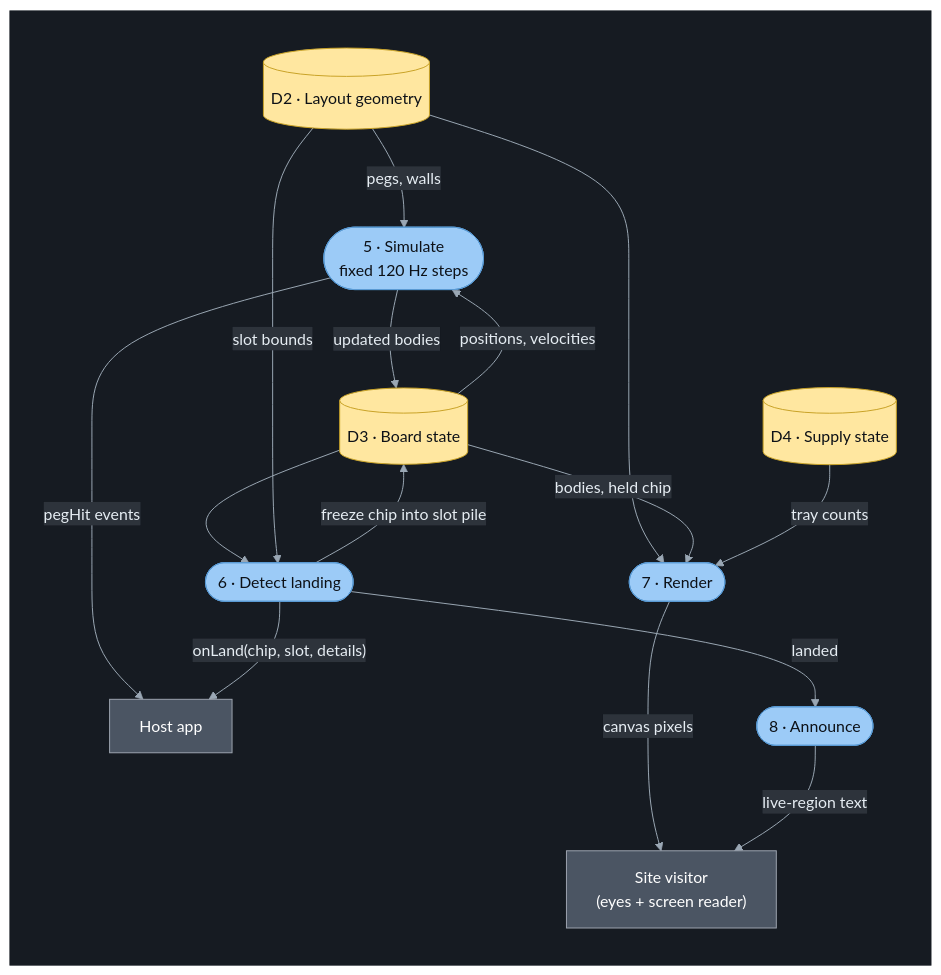
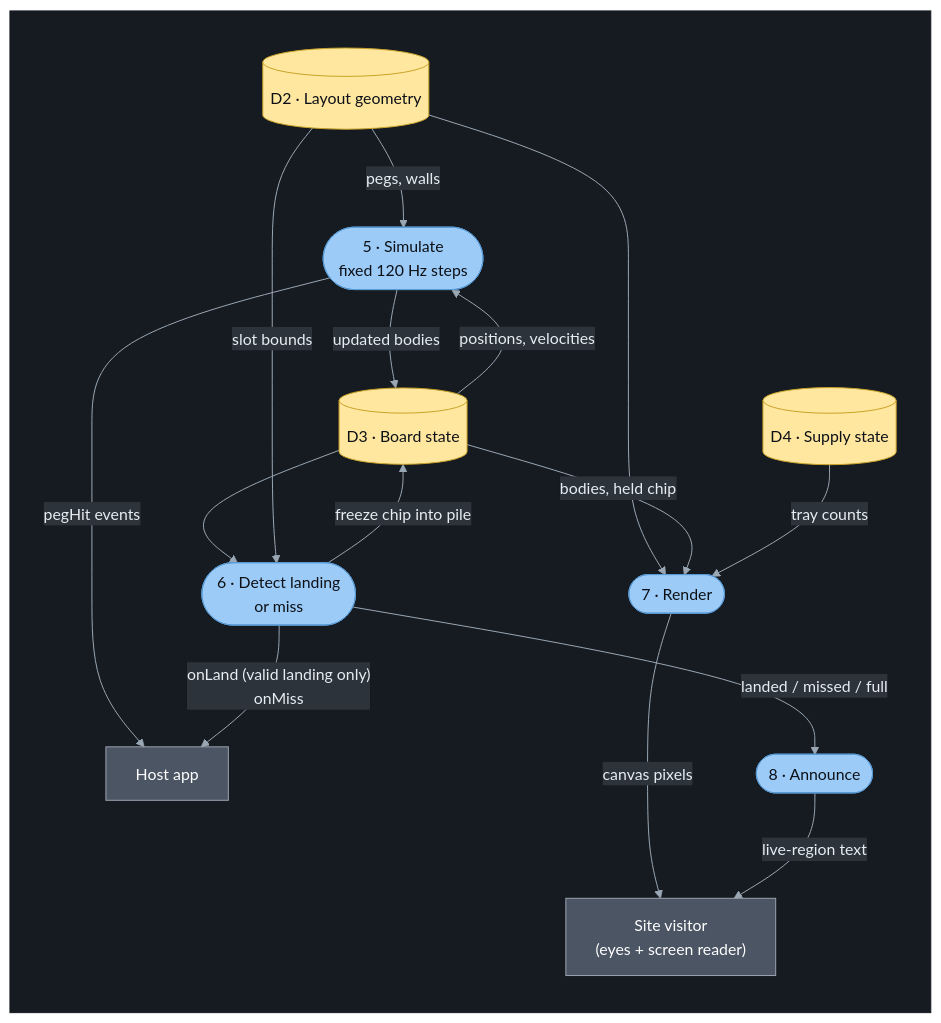
Before and after one commit to alanbickel/plinko-config: the fifth of 10 diagrams in docs/ARCHITECTURE.md, drawn with Mermaid. The commit also changed other lines of this file and 14 other files, not shown here.

````diff
--- a/docs/ARCHITECTURE.md
+++ b/docs/ARCHITECTURE.md
@@ -275,43 +275,43 @@
 ```mermaid
 %%{init: {"theme":"base","themeVariables":{"lineColor":"#9aa7b4","textColor":"#e6edf3","primaryTextColor":"#e6edf3","edgeLabelBackground":"#2d333b","clusterBkg":"#161b22","clusterBorder":"#30363d","titleColor":"#e6edf3"}}}%%
 flowchart TB
     subgraph canvas[" "]
         direction TB
 
 
         D2[("D2 · Layout geometry")]:::store
         D3[("D3 · Board state")]:::store
         D4[("D4 · Supply state")]:::store
 
         P5(["5 · Simulate<br/>fixed 120 Hz steps"]):::proc
-        P6(["6 · Detect landing"]):::proc
+        P6(["6 · Detect landing<br/>or miss"]):::proc
         P7(["7 · Render"]):::proc
         P8(["8 · Announce"]):::proc
 
         H["Host app"]:::external
         U["Site visitor<br/>(eyes + screen reader)"]:::external
 
         D2 -- "pegs, walls" --> P5
         D3 -- "positions, velocities" --> P5
         P5 -- "updated bodies" --> D3
         P5 -- "pegHit events" --> H
 
         D3 --> P6
         D2 -- "slot bounds" --> P6
-        P6 -- "freeze chip into slot pile" --> D3
-        P6 -- "onLand(chip, slot, details)" --> H
-        P6 -- "landed" --> P8
+        P6 -- "freeze chip into pile" --> D3
+        P6 -- "onLand (valid landing only)<br/>onMiss" --> H
+        P6 -- "landed / missed / full" --> P8
 
         D2 --> P7
         D3 -- "bodies, held chip" --> P7
         D4 -- "tray counts" --> P7
         P7 -- "canvas pixels" --> U
 
         P8 -- "live-region text" --> U
     end
 
     classDef proc fill:#9ccbf7,stroke:#5b9bd5,color:#0d1117
     classDef store fill:#ffe7a0,stroke:#c9a227,color:#0d1117
     classDef external fill:#4b5563,stroke:#9ca3af,color:#ffffff
     style canvas fill:#161b22,stroke:#161b22
 ```
````
